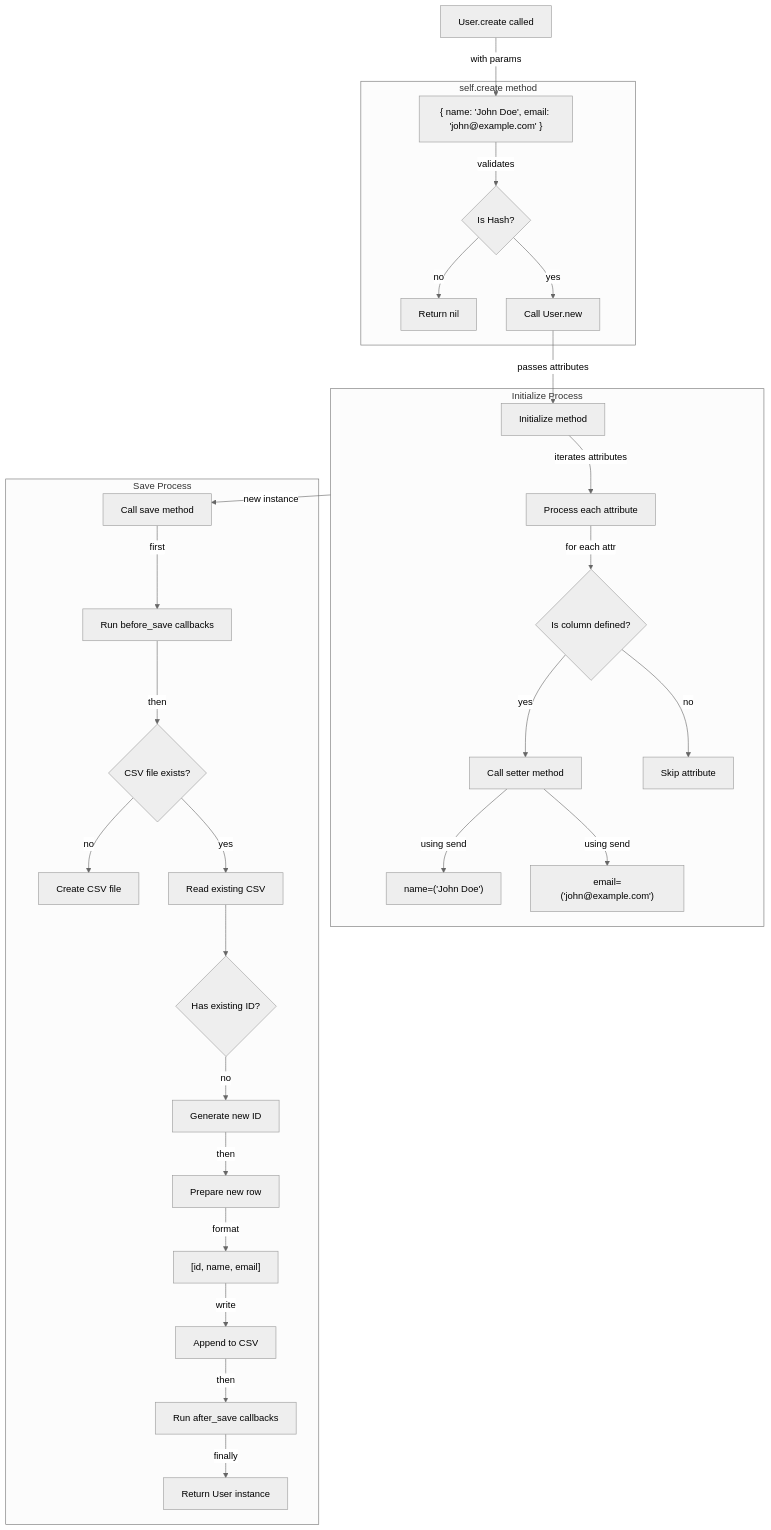
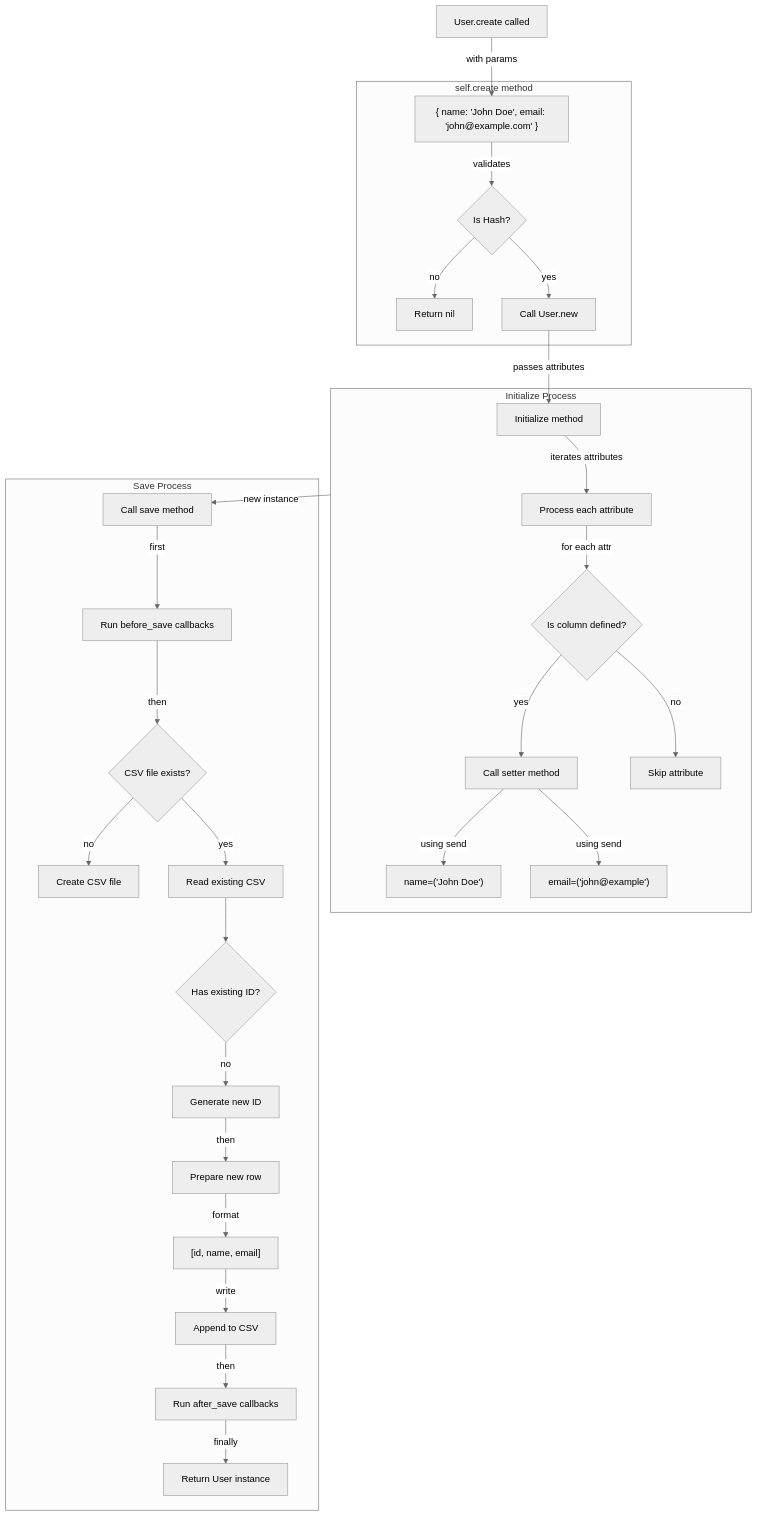
One commit to albi0111/mini_orm changed the diagram in README.md. Above: the diagram before and after it, drawn with Mermaid (neutral theme).

````diff
--- a/README.md
+++ b/README.md
@@ -163,38 +163,38 @@
 ```mermaid
 flowchart TD
     A[User.create called] -->|with params| B["{ name: 'John Doe', email: 'john@example.com' }"]
     
     subgraph CreateMethod["self.create method"]
         B -->|validates| C{Is Hash?}
         C -->|no| D[Return nil]
         C -->|yes| E[Call User.new]
     end
     
     subgraph InitializeProcess["Initialize Process"]
         E -->|passes attributes| F[Initialize method]
         F -->|iterates attributes| G[Process each attribute]
         G -->|for each attr| H{Is column defined?}
         H -->|yes| I[Call setter method]
         H -->|no| J[Skip attribute]
         I -->|using send| K["name=('John Doe')"]
-        I -->|using send| L["email=('john@example.com')"]
+        I -->|using send| L["email=('john@example')"]
     end
     
     subgraph SaveProcess["Save Process"]
         M[Call save method] -->|first| N[Run before_save callbacks]
         N -->|then| O{CSV file exists?}
         O -->|no| P[Create CSV file]
         O -->|yes| Q[Read existing CSV]
         
         Q --> R{Has existing ID?}
         R -->|no| S[Generate new ID]
         S -->|then| T[Prepare new row]
         T -->|format| U["[id, name, email]"]
         
         U -->|write| V[Append to CSV]
         V -->|then| W[Run after_save callbacks]
         W -->|finally| X[Return User instance]
     end
     
     InitializeProcess -->|new instance| M
 ```
````
